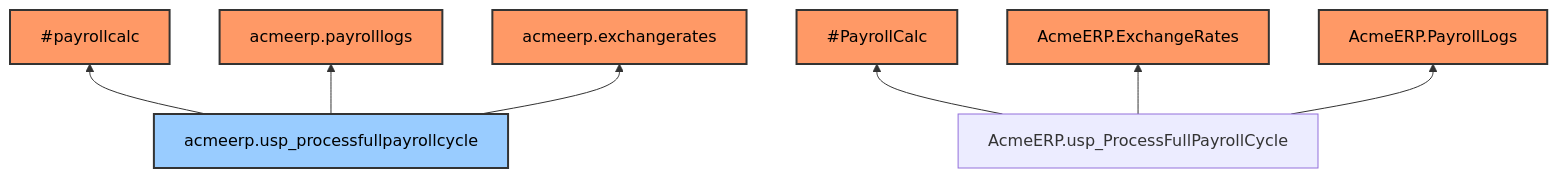
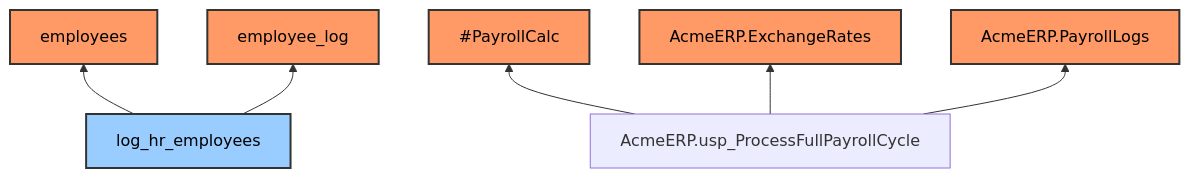
One commit to 25Jayesh10/Data_Lineage_Analyzer changed the diagram in diagrams/lineage.mmd. Above: the diagram before and after it, drawn with Mermaid. The commit also changed 8 other files, not shown here.

```diff
--- a/diagrams/lineage.mmd
+++ b/diagrams/lineage.mmd
@@ -1,12 +1,11 @@
 graph BT
     %% Node styles
     classDef table fill:#f96,stroke:#333,stroke-width:2px,color:#000;
     classDef stored_proc fill:#9cf,stroke:#333,stroke-width:2px ,color:#000;
-    acmeerp.usp_processfullpayrollcycle --> #payrollcalc
-    acmeerp.usp_processfullpayrollcycle --> acmeerp.payrolllogs
-    acmeerp.usp_processfullpayrollcycle --> acmeerp.exchangerates
+    log_hr_employees --> employees
+    log_hr_employees --> employee_log
     AcmeERP.usp_ProcessFullPayrollCycle --> #PayrollCalc
     AcmeERP.usp_ProcessFullPayrollCycle --> AcmeERP.ExchangeRates
     AcmeERP.usp_ProcessFullPayrollCycle --> AcmeERP.PayrollLogs
-    class AcmeERP.PayrollLogs,acmeerp.payrolllogs,#payrollcalc,acmeerp.exchangerates,#PayrollCalc,AcmeERP.ExchangeRates table;
-    class acmeerp.usp_processfullpayrollcycle stored_proc;
+    class AcmeERP.PayrollLogs,AcmeERP.ExchangeRates,#PayrollCalc,employees,employee_log table;
+    class log_hr_employees stored_proc;
```
